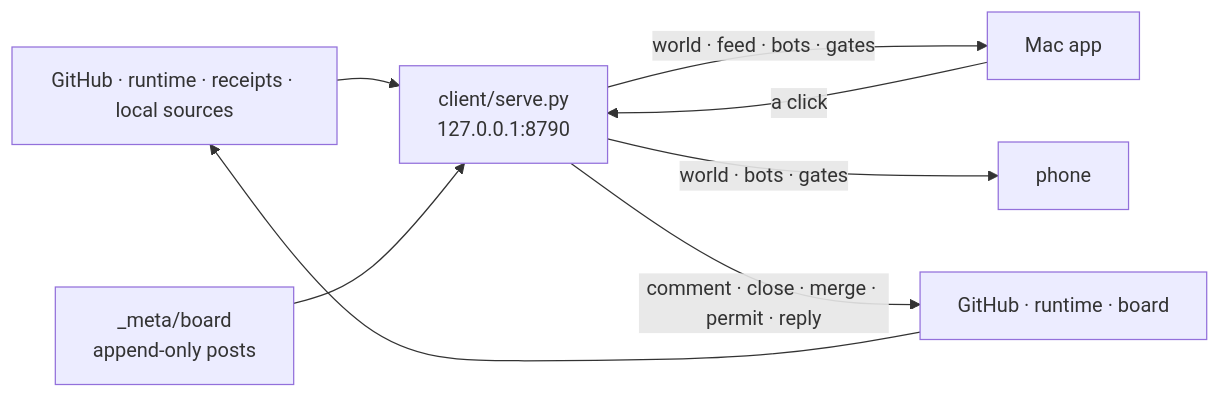
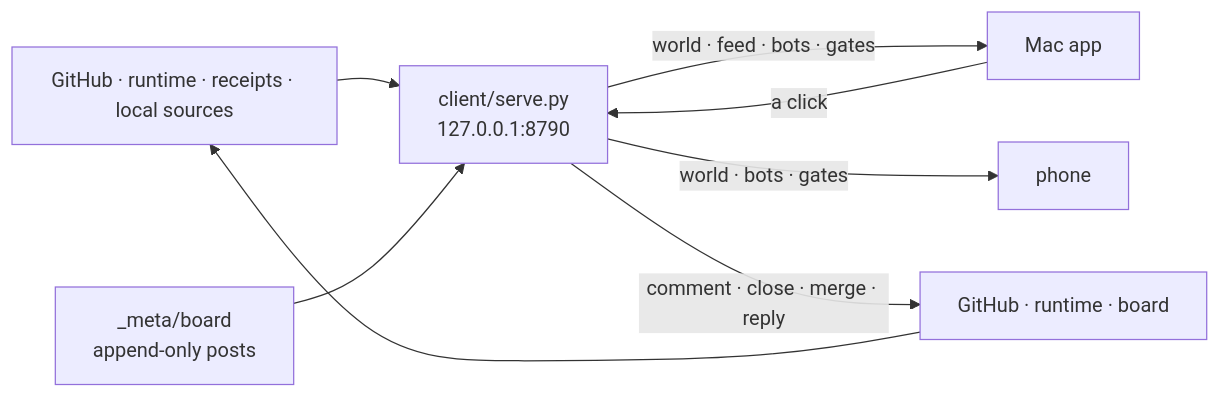
The diagram in README.md (ariaxhan/nexus-office), drawn with Mermaid before and after one commit. The commit also changed other lines of this file and 31 other files, not shown here.

````diff
--- a/README.md
+++ b/README.md
@@ -34,10 +33,10 @@
 ```mermaid
 flowchart LR
   R[GitHub · runtime · receipts · local sources] --> S
   F[_meta/board<br/>append-only posts] --> S
   S[client/serve.py<br/>127.0.0.1:8790] -->|world · feed · bots · gates| A[Mac app]
   S -->|world · bots · gates| P[phone]
   A -->|a click| S
-  S -->|comment · close · merge · permit · reply| G[GitHub · runtime · board]
+  S -->|comment · close · merge · reply| G[GitHub · runtime · board]
   G --> R
 ```
````
